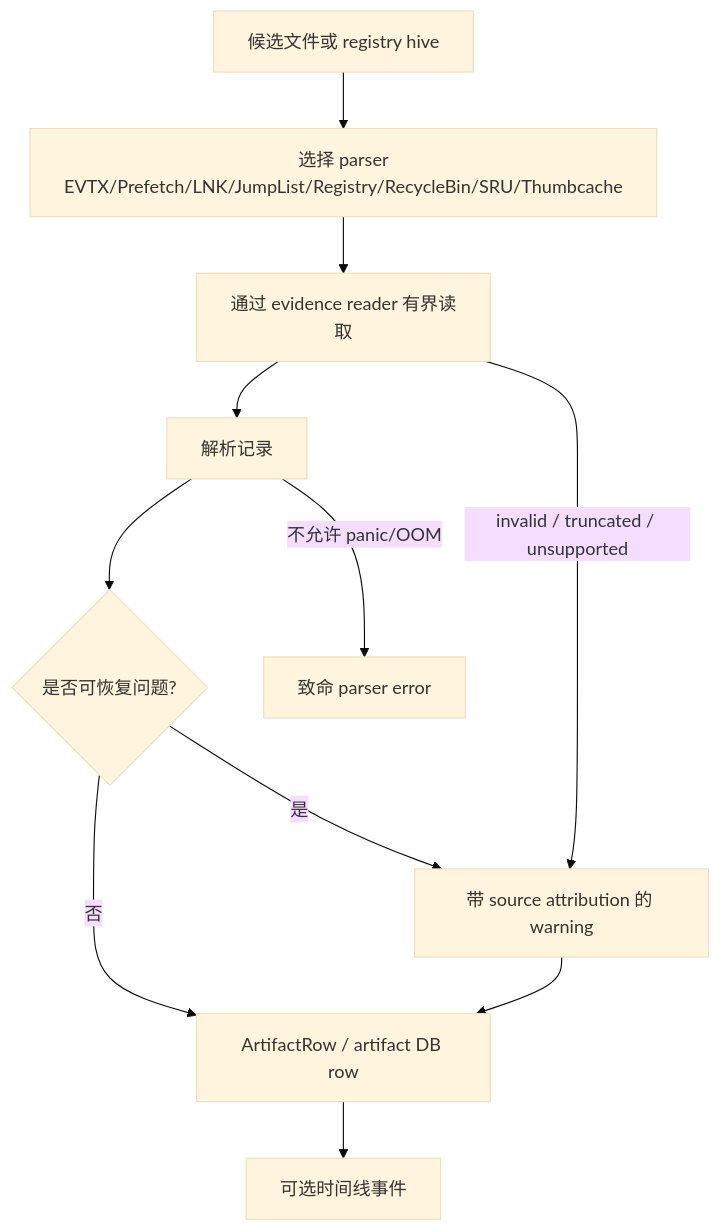
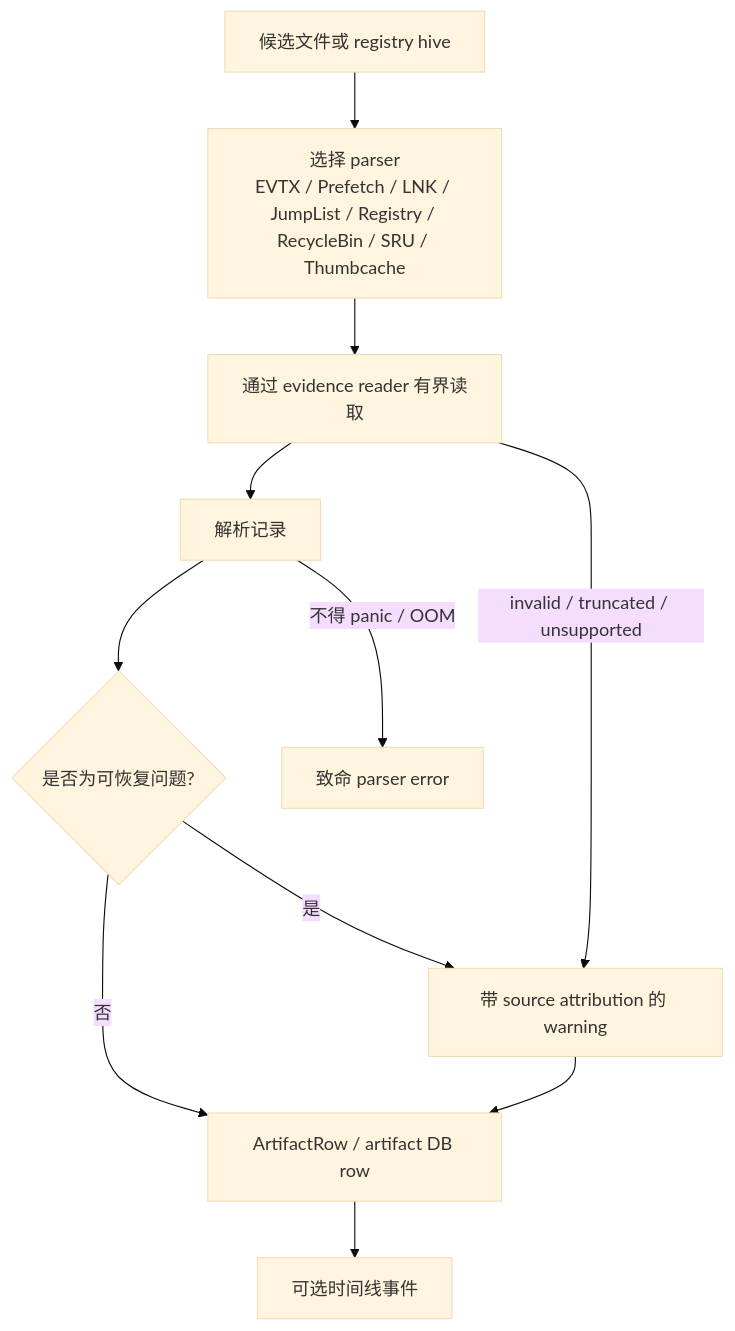
Diagram 11 of 14 in docs/model-architecture-algorithm-diagrams.md (lQ-A-Ql/meow-detective), drawn with Mermaid (base theme) before and after one commit. The commit also changed other lines of this file and 70 other files, not shown here.

````diff
--- a/docs/model-architecture-algorithm-diagrams.md
+++ b/docs/model-architecture-algorithm-diagrams.md
@@ -369,20 +400,20 @@
 ```mermaid
 flowchart TB
   Candidate["候选文件或 registry hive"]
-  Select["选择 parser<br/>EVTX/Prefetch/LNK/JumpList/Registry/RecycleBin/SRU/Thumbcache"]
+  Select["选择 parser<br/>EVTX / Prefetch / LNK / JumpList / Registry / RecycleBin / SRU / Thumbcache"]
   Read["通过 evidence reader 有界读取"]
   Parse["解析记录"]
-  Recover{"是否可恢复问题?"}
+  Recover{"是否为可恢复问题?"}
   Artifact["ArtifactRow / artifact DB row"]
   Timeline["可选时间线事件"]
   Warn["带 source attribution 的 warning"]
   Fatal["致命 parser error"]
 
   Candidate --> Select --> Read --> Parse --> Recover
   Recover -->|否| Artifact
   Recover -->|是| Warn
   Warn --> Artifact
   Artifact --> Timeline
   Read -->|invalid / truncated / unsupported| Warn
-  Parse -->|不允许 panic/OOM| Fatal
+  Parse -->|不得 panic / OOM| Fatal
 ```
````
